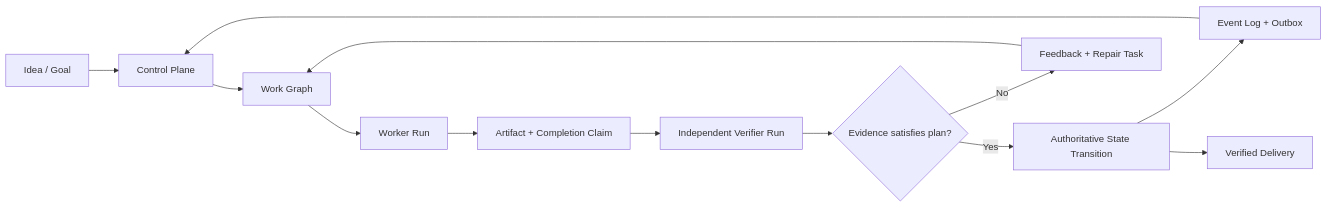
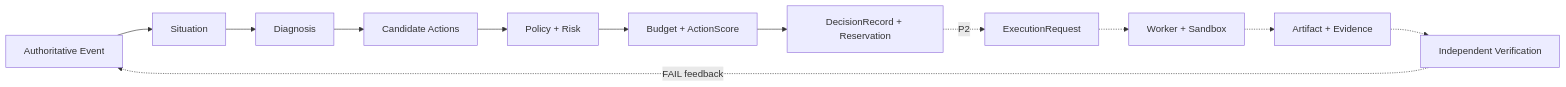
Before and after one commit to yanzhao77/Proteus: the diagram in README.md, drawn with Mermaid. The commit also changed other lines of this file, not shown here.

Commit message:
docs: update README for P1 completion

````diff
--- a/README.md
+++ b/README.md
@@ -30,15 +32,14 @@
 ```mermaid
 flowchart LR
-    I["Idea / Goal"] --> CP["Control Plane"]
-    CP --> WG["Work Graph"]
-    WG --> W["Worker Run"]
-    W --> A["Artifact + Completion Claim"]
-    A --> V["Independent Verifier Run"]
-    V --> E{"Evidence satisfies plan?"}
-    E -->|Yes| S["Authoritative State Transition"]
-    E -->|No| F["Feedback + Repair Task"]
-    F --> WG
-    S --> O["Event Log + Outbox"]
-    O --> CP
-    S --> D["Verified Delivery"]
+    E["Authoritative Event"] --> S["Situation"]
+    S --> D["Diagnosis"]
+    D --> P["Candidate Actions"]
+    P --> C["Policy + Risk"]
+    C --> B["Budget + ActionScore"]
+    B --> R["DecisionRecord + Reservation"]
+    R -. "P2" .-> X["ExecutionRequest"]
+    X -.-> W["Worker + Sandbox"]
+    W -.-> A["Artifact + Evidence"]
+    A -.-> V["Independent Verification"]
+    V -. "FAIL feedback" .-> E
 ```
````
